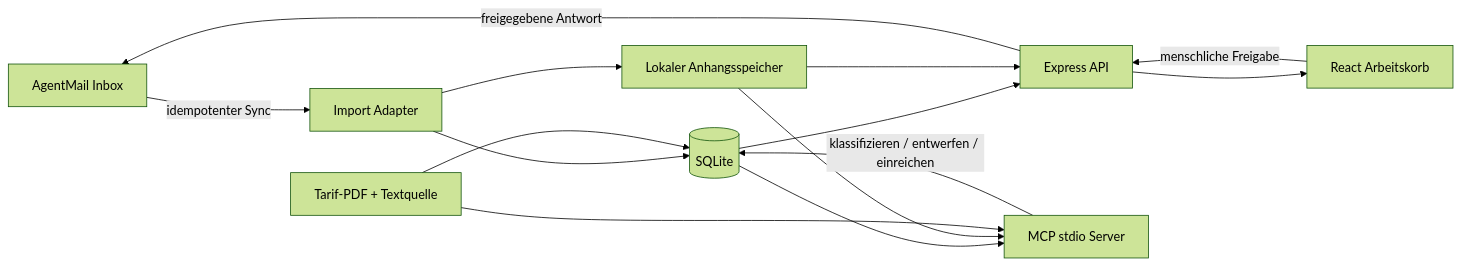
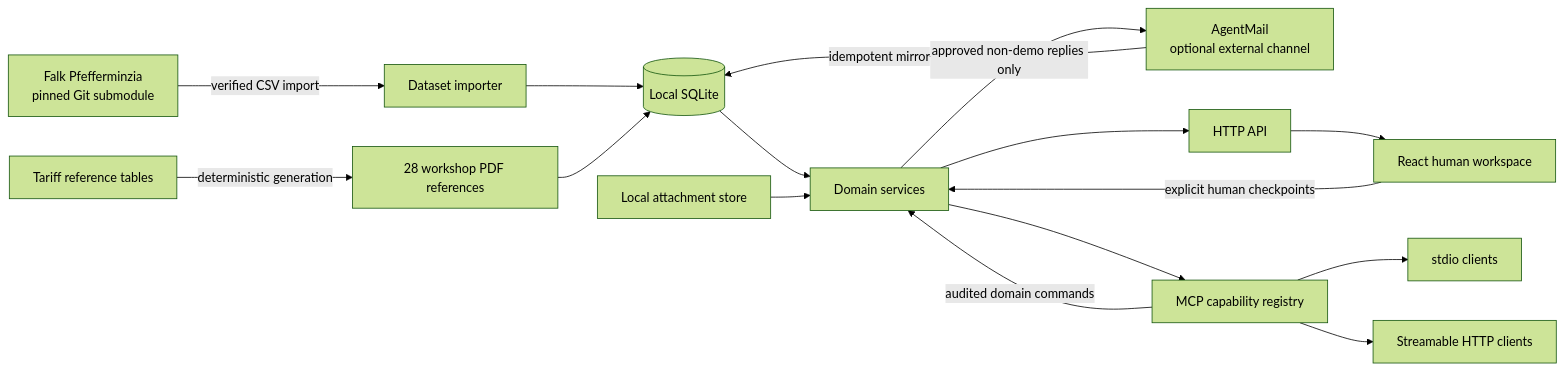
Before and after one commit to jhoetter/pfefferminzia: the first of 4 diagrams in ARCHITECTURE.md, drawn with Mermaid (forest theme). The commit also changed other lines of this file and 3 other files, not shown here.

Commit message:
Document Falk-first workshop architecture

````diff
--- a/ARCHITECTURE.md
+++ b/ARCHITECTURE.md
@@ -10,16 +17,21 @@
 ```mermaid
 flowchart LR
-    AM[AgentMail Inbox] -->|idempotenter Sync| SYNC[Import Adapter]
-    SYNC --> DB[(SQLite)]
-    SYNC --> FILES[Lokaler Anhangsspeicher]
-    DB --> API[Express API]
-    FILES --> API
-    API --> UI[React Arbeitskorb]
-    DB --> MCP[MCP stdio Server]
-    FILES --> MCP
-    PDF[Tarif-PDF + Textquelle] --> DB
-    PDF --> MCP
-    UI -->|menschliche Freigabe| API
-    MCP -->|klassifizieren / entwerfen / einreichen| DB
-    API -->|freigegebene Antwort| AM
+    FALK[Falk Pfefferminzia\npinned Git submodule] -->|verified CSV import| IMPORT[Dataset importer]
+    DOCS[Tariff reference tables] -->|deterministic generation| PDF[28 workshop PDF references]
+    IMPORT --> DB[(Local SQLite)]
+    PDF --> DB
+
+    AM[AgentMail\noptional external channel] -->|idempotent mirror| DB
+    DB --> DOMAIN[Domain services]
+    FILES[Local attachment store] --> DOMAIN
+
+    DOMAIN --> REST[HTTP API]
+    DOMAIN --> MCP[MCP capability registry]
+    REST --> UI[React human workspace]
+    MCP --> STDIO[stdio clients]
+    MCP --> HTTP[Streamable HTTP clients]
+
+    UI -->|explicit human checkpoints| DOMAIN
+    MCP -->|audited domain commands| DOMAIN
+    DOMAIN -->|approved non-demo replies only| AM
 ```
````
